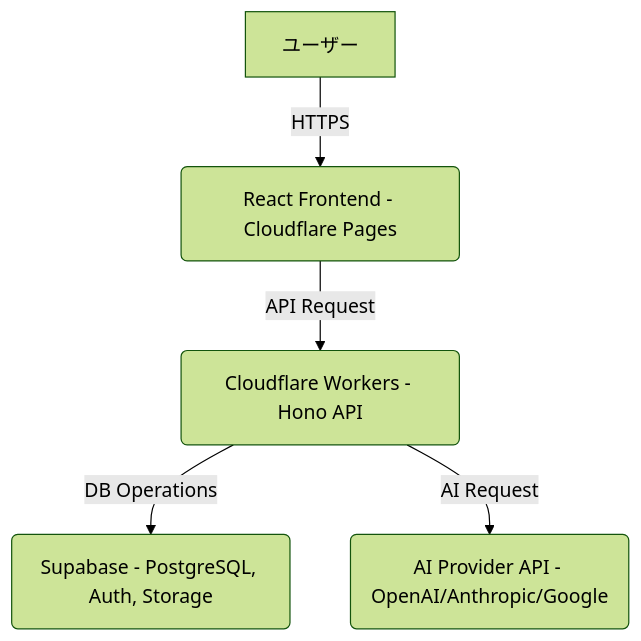
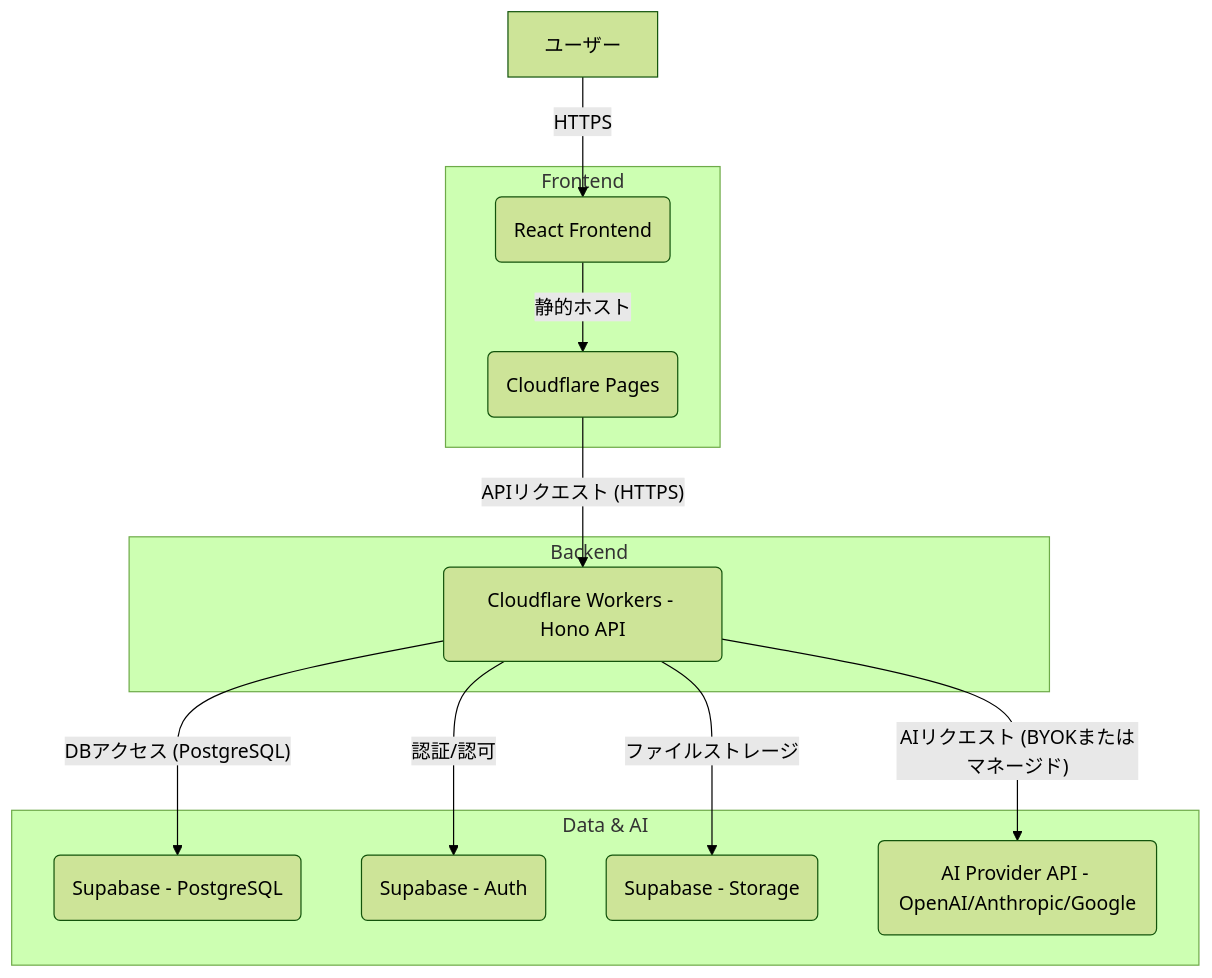
The diagram in docs/tsumikiri/tech-architecture.md (mokaland/toppa-inc), drawn with Mermaid (forest theme) before and after one commit. The commit also changed other lines of this file, not shown here.

````diff
--- a/docs/tsumikiri/tech-architecture.md
+++ b/docs/tsumikiri/tech-architecture.md
@@ -16,7 +9,26 @@
 ```mermaid
 graph TD
-    A[ユーザー] -- HTTPS --> B(React Frontend - Cloudflare Pages)
-    B -- API Request --> C(Cloudflare Workers - Hono API)
-    C -- DB Operations --> D(Supabase - PostgreSQL, Auth, Storage)
-    C -- AI Request --> E(AI Provider API - OpenAI/Anthropic/Google)
+    A[ユーザー] -- HTTPS --> B(React Frontend)
+    B -- 静的ホスト --> C(Cloudflare Pages)
+    C -- APIリクエスト (HTTPS) --> D(Cloudflare Workers - Hono API)
+    D -- DBアクセス (PostgreSQL) --> E(Supabase - PostgreSQL)
+    D -- 認証/認可 --> F(Supabase - Auth)
+    D -- ファイルストレージ --> G(Supabase - Storage)
+    D -- AIリクエスト (BYOKまたはマネージド) --> H(AI Provider API - OpenAI/Anthropic/Google)
+
+    subgraph Frontend
+        B
+        C
+    end
+
+    subgraph Backend
+        D
+    end
+
+    subgraph Data & AI
+        E
+        F
+        G
+        H
+    end
 ```
````
